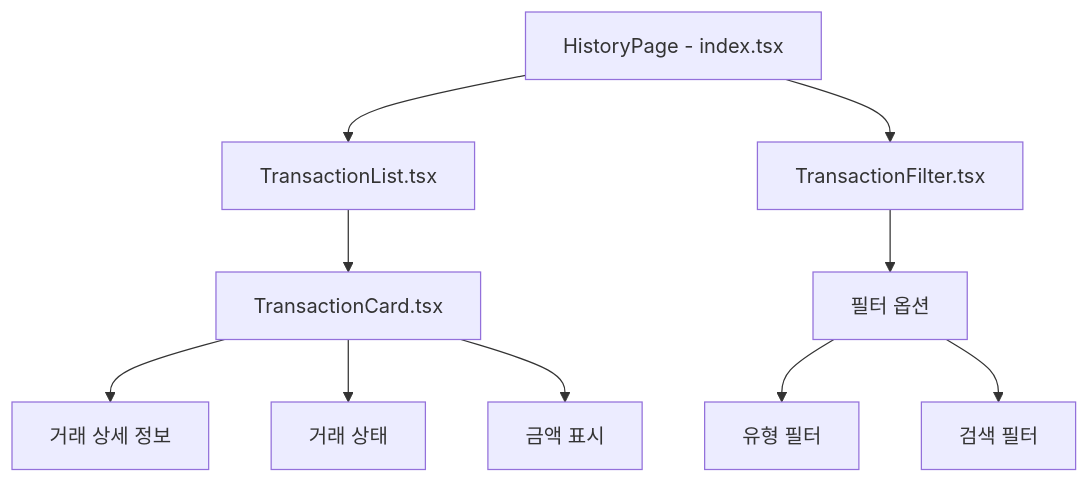
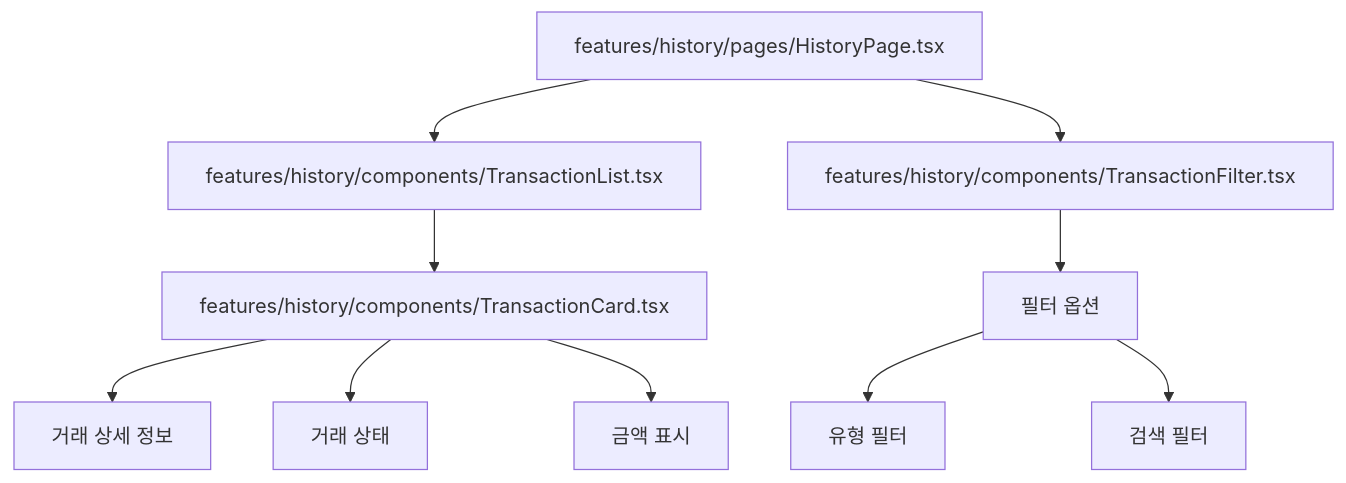
Before and after one commit to HyeonHo-Park/cardano-basic-dapp-1: the second of 7 diagrams in docs/transaction-sequence.md, drawn with Mermaid. The commit also changed other lines of this file and 6 other files, not shown here.

````diff
--- a/docs/transaction-sequence.md
+++ b/docs/transaction-sequence.md
@@ -39,15 +39,15 @@
 ```mermaid
 flowchart TD
-    HistoryPage[HistoryPage - index.tsx] --> TransactionList[TransactionList.tsx]
-    HistoryPage --> TransactionFilter[TransactionFilter.tsx]
+    HistoryPage[features/history/pages/HistoryPage.tsx] --> TransactionList[features/history/components/TransactionList.tsx]
+    HistoryPage --> TransactionFilter[features/history/components/TransactionFilter.tsx]
 
-    TransactionList --> TransactionCard[TransactionCard.tsx]
+    TransactionList --> TransactionCard[features/history/components/TransactionCard.tsx]
     TransactionFilter --> FilterOptions[필터 옵션]
 
     TransactionCard --> TxDetails[거래 상세 정보]
     TransactionCard --> TxStatus[거래 상태]
     TransactionCard --> TxAmount[금액 표시]
 
     FilterOptions --> TypeFilter[유형 필터]
     FilterOptions --> SearchFilter[검색 필터]
 ```
````
